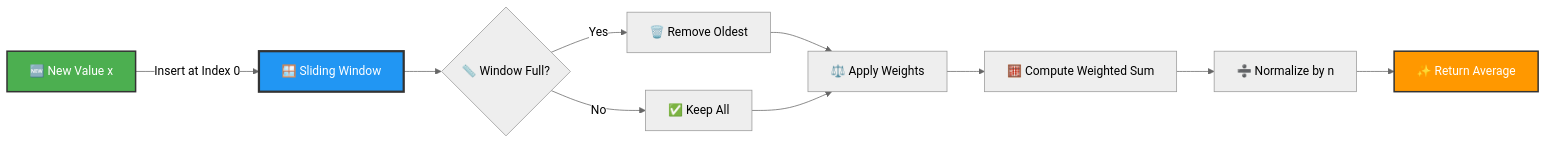
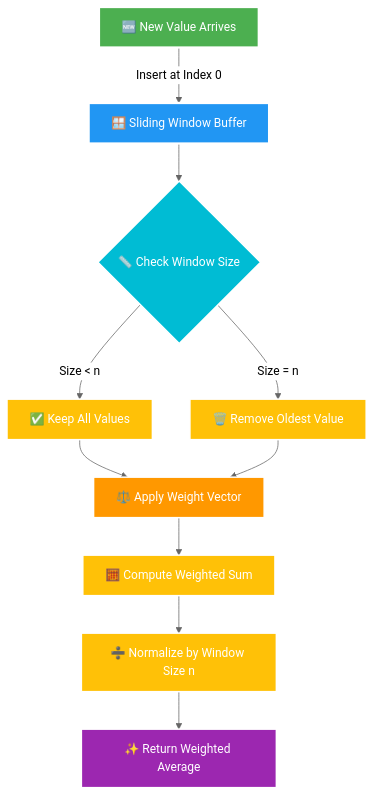
The first of 2 diagrams in project-2/README.md (LuthandoCandlovu/sarao-technical-challenge), drawn with Mermaid (neutral theme) before and after one commit. The commit also changed other lines of this file, not shown here.

````diff
--- a/project-2/README.md
+++ b/project-2/README.md
@@ -32,16 +76,23 @@
 ```mermaid
-graph LR
-    A[🆕 New Value x] -->|Insert at Index 0| B[🪟 Sliding Window]
-    B --> C{📏 Window Full?}
-    C -->|Yes| D[🗑️ Remove Oldest]
-    C -->|No| E[✅ Keep All]
-    D --> F[⚖️ Apply Weights]
+graph TB
+    A[🆕 New Value Arrives] -->|Insert at Index 0| B[🪟 Sliding Window Buffer]
+    B --> C{📏 Check Window Size}
+    C -->|Size < n| D[✅ Keep All Values]
+    C -->|Size = n| E[🗑️ Remove Oldest Value]
+    D --> F[⚖️ Apply Weight Vector]
     E --> F
     F --> G[🧮 Compute Weighted Sum]
-    G --> H[➗ Normalize by n]
-    H --> I[✨ Return Average]
+    G --> H[➗ Normalize by Window Size n]
+    H --> I[✨ Return Weighted Average]
 
-    style A fill:#4CAF50,stroke:#333,stroke-width:2px,color:#fff
-    style B fill:#2196F3,stroke:#333,stroke-width:3px,color:#fff
-    style I fill:#FF9800,stroke:#333,stroke-width:2px,color:#fff
+    style A fill:#4CAF50,stroke:#fff,stroke-width:3px,color:#fff
+    style B fill:#2196F3,stroke:#fff,stroke-width:3px,color:#fff
+    style F fill:#FF9800,stroke:#fff,stroke-width:2px,color:#fff
+    style I fill:#9C27B0,stroke:#fff,stroke-width:2px,color:#fff
+    
+    classDef checkStyle fill:#00BCD4,stroke:#fff,stroke-width:2px,color:#fff
+    classDef processStyle fill:#FFC107,stroke:#fff,stroke-width:2px,color:#fff
+    
+    class C checkStyle
+    class D,E,G,H processStyle
 ```
````
